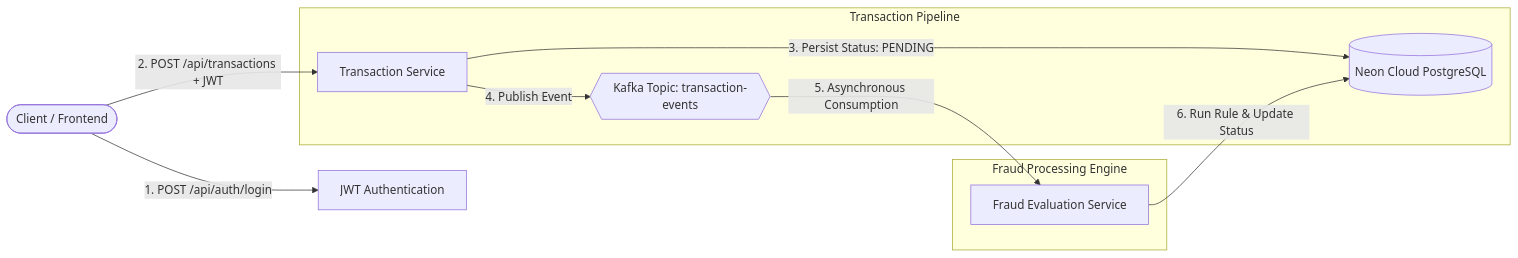
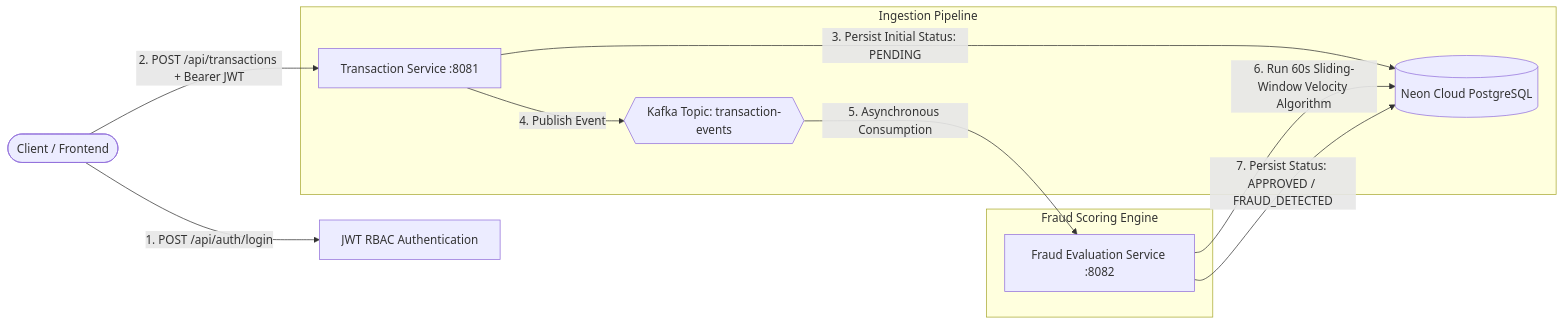
Before and after one commit to mullewarpramodh-tech/fintech-fraud-monitor: the diagram in README.md, drawn with Mermaid. The commit also changed other lines of this file and 13 other files, not shown here.

Commit message:
feat: implement 60s sliding-window velocity algorithm, RBAC authorization, and externalized config

````diff
--- a/README.md
+++ b/README.md
@@ -16,15 +16,16 @@
 ```mermaid
 flowchart LR
-    Client([Client / Frontend]) -->|1. POST /api/auth/login| Auth[JWT Authentication]
-    Client -->|2. POST /api/transactions + JWT| TxService[Transaction Service]
+    Client([Client / Frontend]) -->|1. POST /api/auth/login| Auth[JWT RBAC Authentication]
+    Client -->|2. POST /api/transactions + Bearer JWT| TxService[Transaction Service :8081]
     
-    subgraph Transaction Pipeline
-        TxService -->|3. Persist Status: PENDING| DB[(Neon Cloud PostgreSQL)]
+    subgraph Ingestion Pipeline
+        TxService -->|3. Persist Initial Status: PENDING| DB[(Neon Cloud PostgreSQL)]
         TxService -->|4. Publish Event| Kafka{{Kafka Topic: transaction-events}}
     end
     
-    subgraph Fraud Processing Engine
-        Kafka -->|5. Asynchronous Consumption| FraudService[Fraud Evaluation Service]
-        FraudService -->|6. Run Rule & Update Status| DB
+    subgraph Fraud Scoring Engine
+        Kafka -->|5. Asynchronous Consumption| FraudService[Fraud Evaluation Service :8082]
+        FraudService -->|6. Run 60s Sliding-Window Velocity Algorithm| DB
+        FraudService -->|7. Persist Status: APPROVED / FRAUD_DETECTED| DB
     end
 ```
````
